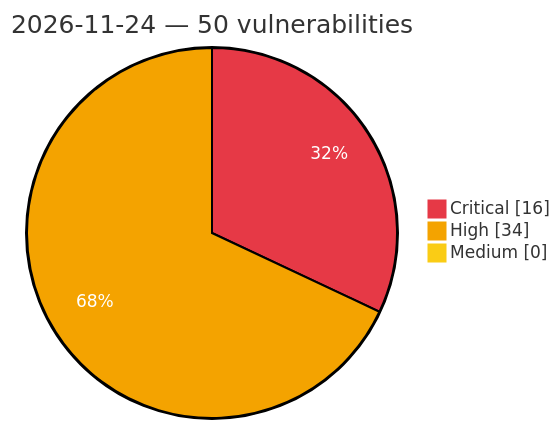
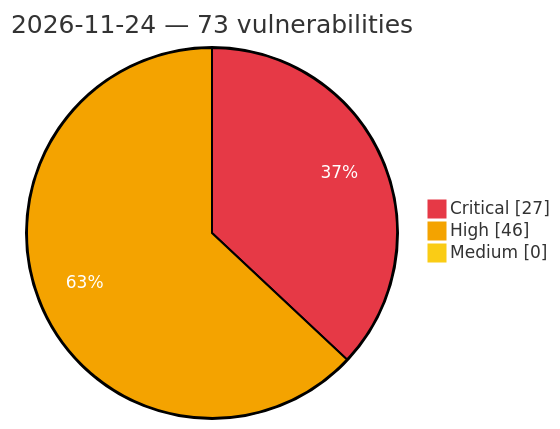
One commit to GhostX0X/vuln-tracker changed the diagram in vulnerabilities/2026/November/2026-11-24.md. Above: the diagram before and after it, drawn with Mermaid. The commit also changed other lines of this file and 8 other files, not shown here.

Commit message:
Auto update: critical/high vulns (2026-11-25 02:42 UTC)

````diff
--- a/vulnerabilities/2026/November/2026-11-24.md
+++ b/vulnerabilities/2026/November/2026-11-24.md
@@ -3,8 +3,8 @@
 ```mermaid
 %%{init: {'theme':'base', 'themeVariables': {'pie1':'#e63946', 'pie2':'#f4a300', 'pie3':'#facc15', 'pieOpacity':'1', 'pieOuterStrokeWidth':'2px', 'pieSectionTextColor':'#ffffff'}}}%%
 pie showData
-    title 2026-11-24 — 50 vulnerabilities
-    "Critical" : 16
-    "High" : 34
+    title 2026-11-24 — 73 vulnerabilities
+    "Critical" : 27
+    "High" : 46
     "Medium" : 0
 ```
````
